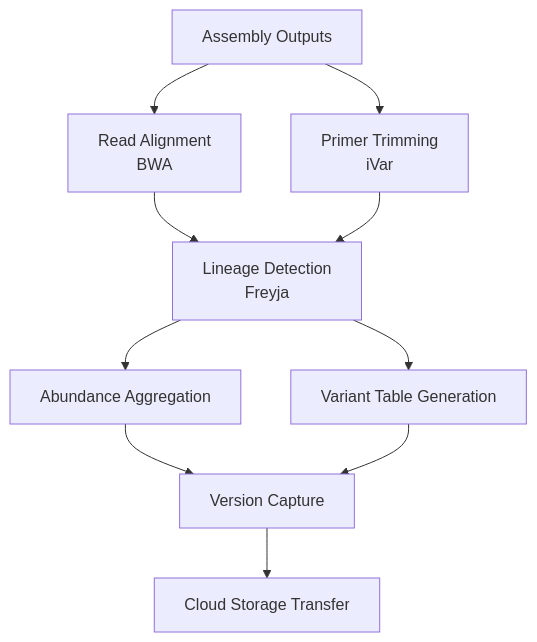
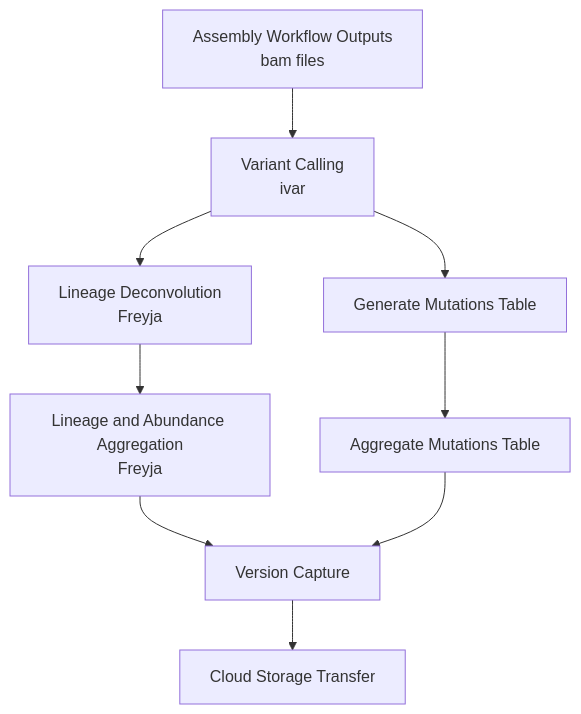
One commit to CDPHE-bioinformatics/CDPHE-Viral-Amplicon-WDL changed the third of 3 diagrams in README.md. Above: the diagram before and after it, drawn with Mermaid. The commit also changed other lines of this file, not shown here.

Commit message:
Update README.md
fix wastewater mermaid graph

````diff
--- a/README.md
+++ b/README.md
@@ -49,10 +49,10 @@
 ```mermaid
 graph TD
-    A[Assembly Outputs] --> B[Read Alignment<br/>BWA]
-    A --> C[Primer Trimming<br/>iVar]
-    B & C --> D[Lineage Detection<br/>Freyja]
-    D --> E[Abundance Aggregation]
-    D --> F[Variant Table Generation]
-    E & F --> G[Version Capture]
+    A[Assembly Workflow Outputs<br/>bam files] --> B[Variant Calling<br/>ivar]
+    B --> C[Lineage Deconvolution<br/>Freyja]
+    C --> D[Lineage and Abundance Aggregation<br/>Freyja]
+    B --> E[Generate Mutations Table]
+    E --> F[Aggregate Mutations Table]
+    D & F --> G[Version Capture]
     G --> H[Cloud Storage Transfer]
 ```
````
